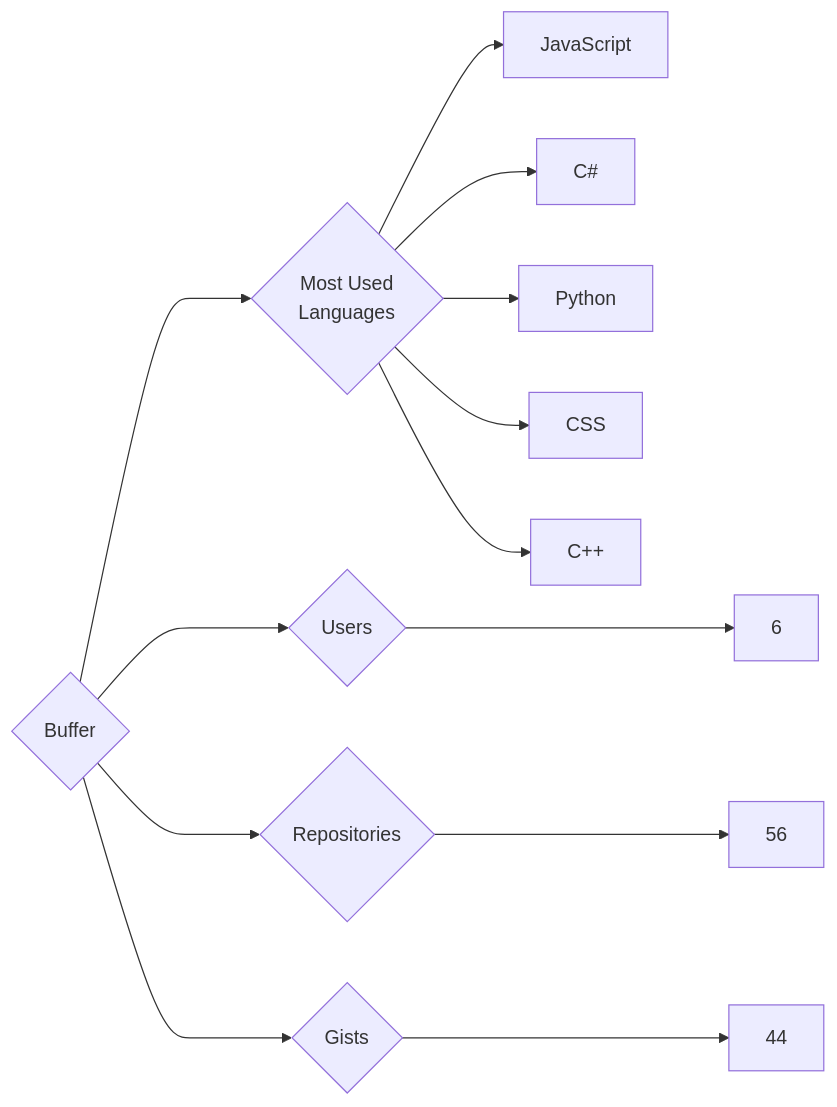
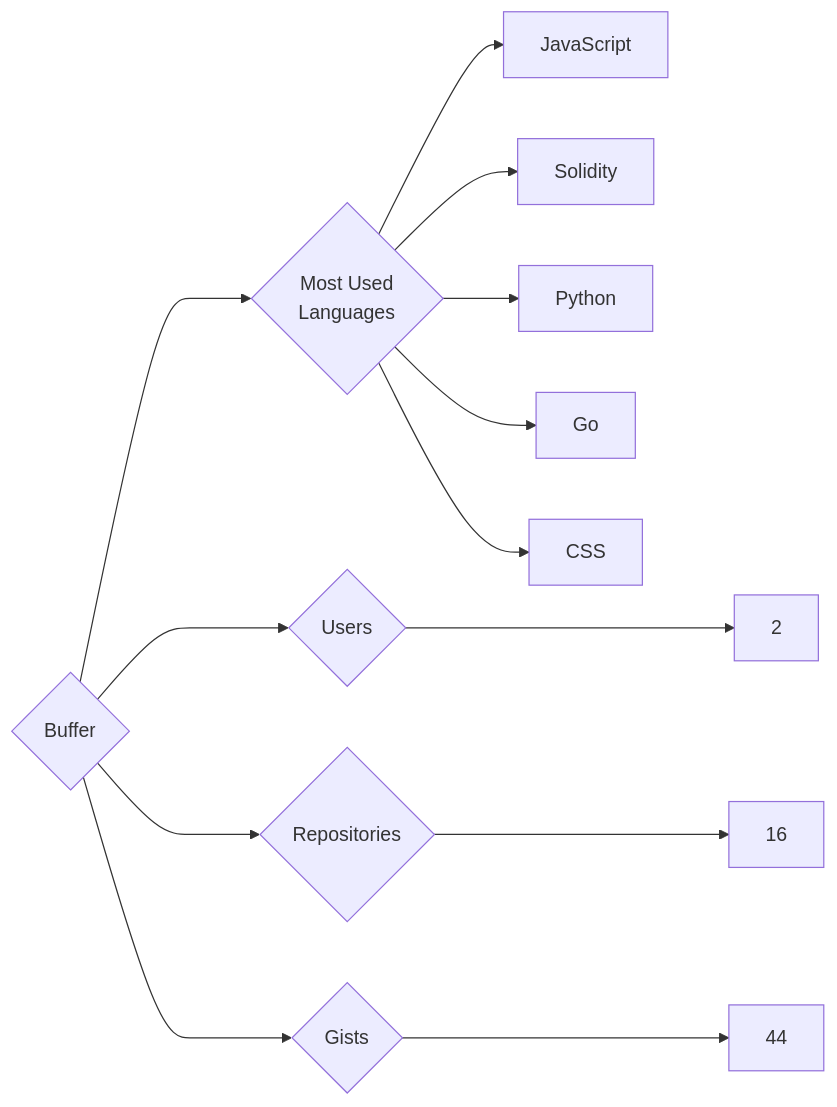
One commit to trickest/insiders changed the diagram in targets/Buffer/README.md. Above: the diagram before and after it, drawn with Mermaid. The commit also changed 681 other files, not shown here.

````diff
--- a/targets/Buffer/README.md
+++ b/targets/Buffer/README.md
@@ -3,13 +3,13 @@
 ```mermaid
 graph LR
 COMPANY_NAME{Buffer}
-COMPANY_NAME ---> U{Users} ---> UN[6]
-COMPANY_NAME ---> R{Repositories} ---> RN[56]
+COMPANY_NAME ---> U{Users} ---> UN[2]
+COMPANY_NAME ---> R{Repositories} ---> RN[16]
 COMPANY_NAME ---> G{Gists} ---> GN[44]
 COMPANY_NAME ---> ML{Most Used<br>Languages}
 ML --> JavaScript[JavaScript]
-ML --> C#[C#]
+ML --> Solidity[Solidity]
 ML --> Python[Python]
+ML --> Go[Go]
 ML --> CSS[CSS]
-ML --> C++[C++]
 ```
````
